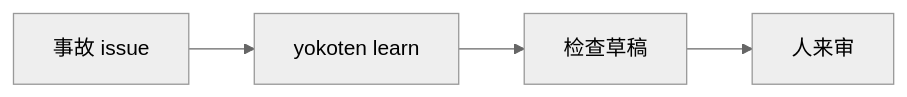
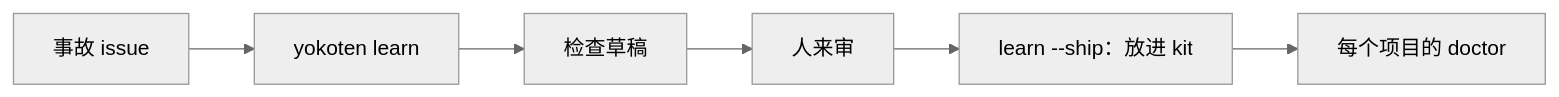
Before and after one commit to coo1white/yokoten: the third of 3 diagrams in docs/zh-CN/guide.md, drawn with Mermaid (neutral theme). The commit also changed other lines of this file and 14 other files, not shown here.

First line of the commit message:
feat(kit): ship reviewed lessons and report them in doctor

````diff
--- a/docs/zh-CN/guide.md
+++ b/docs/zh-CN/guide.md
@@ -420,6 +421,8 @@
 ```mermaid
 flowchart LR
   A[事故 issue] --> B[yokoten learn]
   B --> C[检查草稿]
   C --> D[人来审]
+  D --> E[learn --ship：放进 kit]
+  E --> F[每个项目的 doctor]
 ```
````
